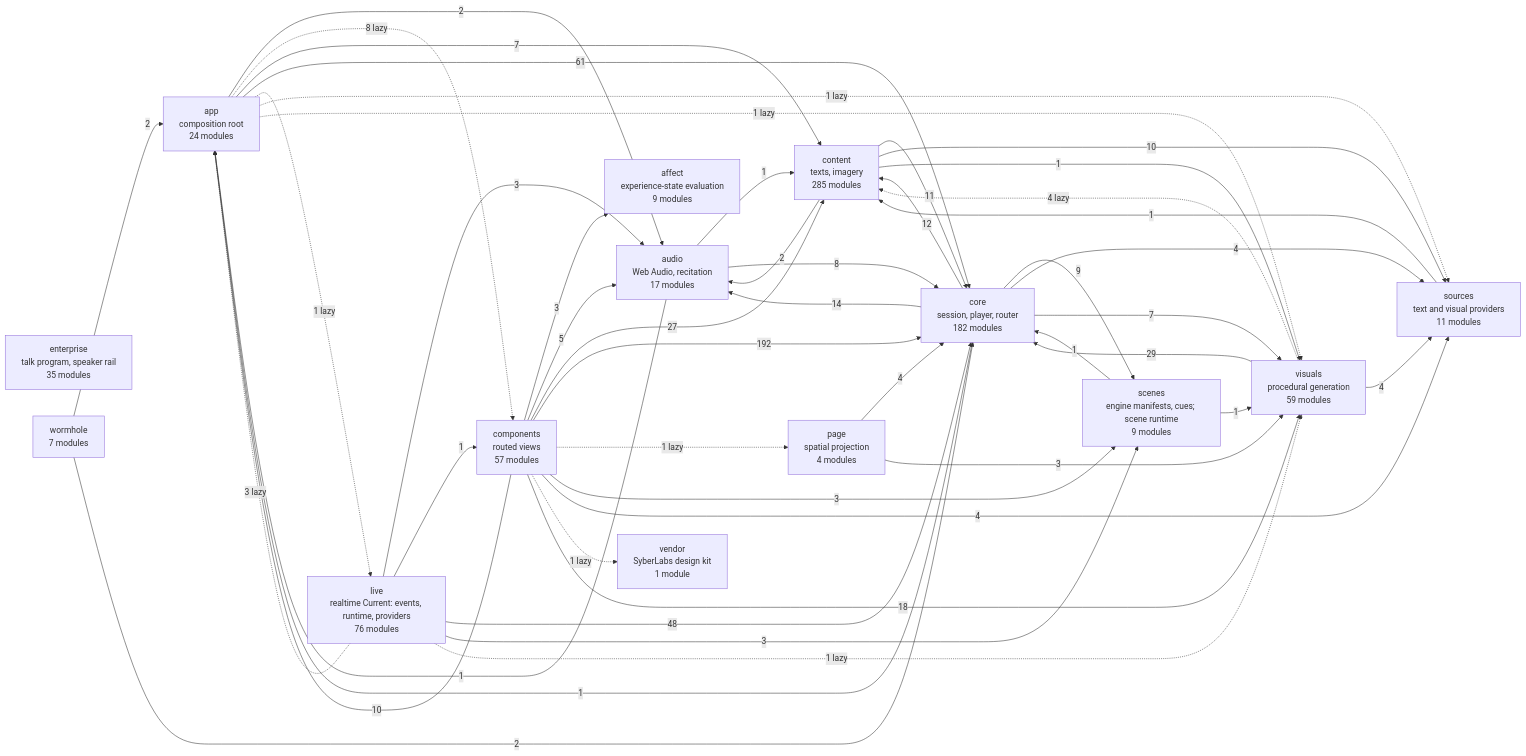
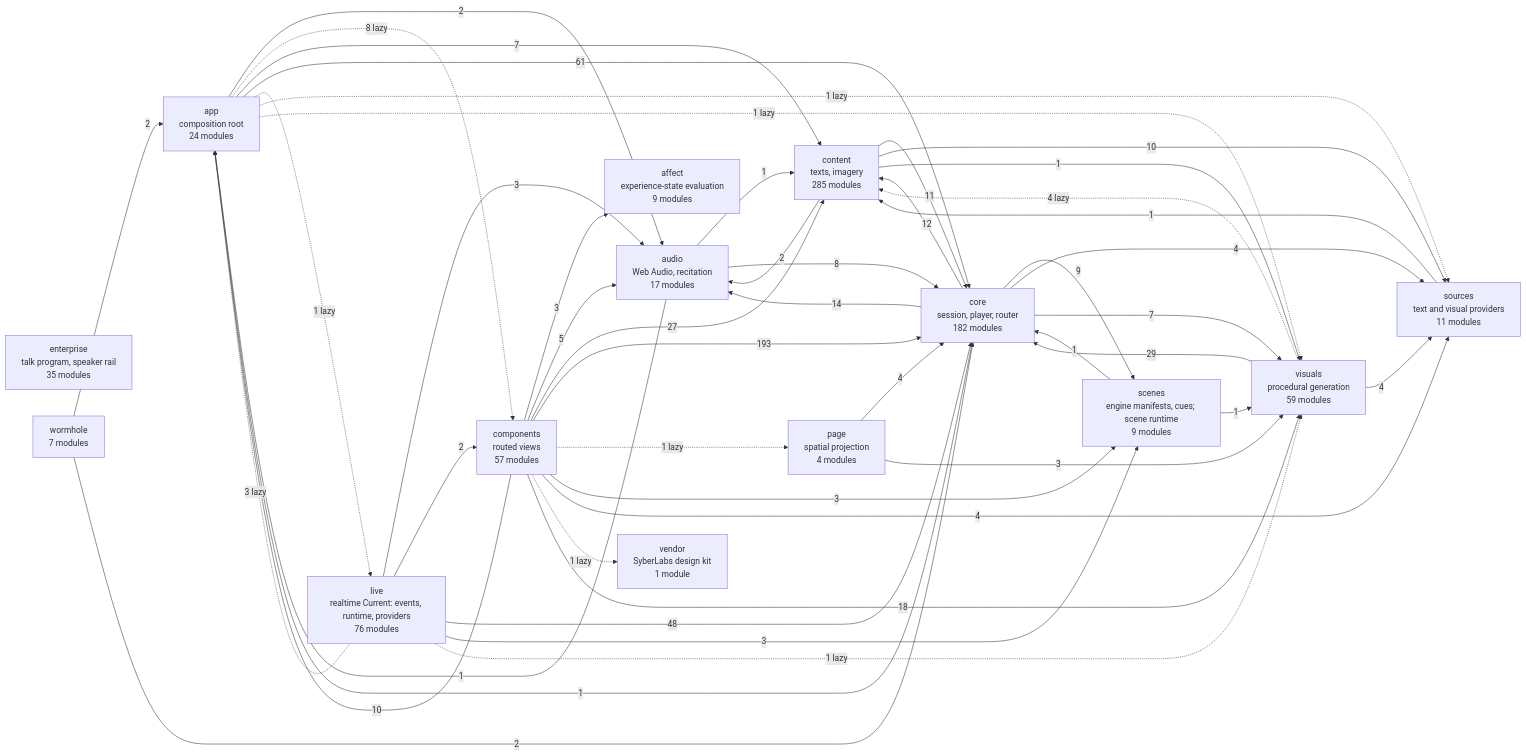
Before and after one commit to SyberLabs/RISE: the diagram in docs/specs/ARCHITECTURE.md, drawn with Mermaid. The commit also changed 8 other files, not shown here.

First line of the commit message:
Codex: mark a Changes figure for the light room's night only where it reads better there, and again when the room changes

````diff
--- a/docs/specs/ARCHITECTURE.md
+++ b/docs/specs/ARCHITECTURE.md
@@ -161,64 +161,64 @@
 ```mermaid
 flowchart LR
     affect["affect<br/>experience-state evaluation<br/>9 modules"]
     app["app<br/>composition root<br/>24 modules"]
     audio["audio<br/>Web Audio, recitation<br/>17 modules"]
     components["components<br/>routed views<br/>57 modules"]
     content["content<br/>texts, imagery<br/>285 modules"]
     core["core<br/>session, player, router<br/>182 modules"]
     enterprise["enterprise<br/>talk program, speaker rail<br/>35 modules"]
     live["live<br/>realtime Current: events, runtime, providers<br/>76 modules"]
     page["page<br/>spatial projection<br/>4 modules"]
     scenes["scenes<br/>engine manifests, cues; scene runtime<br/>9 modules"]
     sources["sources<br/>text and visual providers<br/>11 modules"]
     vendor["vendor<br/>SyberLabs design kit<br/>1 module"]
     visuals["visuals<br/>procedural generation<br/>59 modules"]
     wormhole["wormhole<br/>7 modules"]
 
     app --> |2| audio
     app -.-> |8 lazy| components
     app --> |7| content
     app --> |61| core
     app -.-> |1 lazy| live
     app -.-> |1 lazy| sources
     app -.-> |1 lazy| visuals
     audio --> |1| app
     audio --> |1| content
     audio --> |8| core
     components --> |3| affect
     components --> |10| app
     components --> |5| audio
     components --> |27| content
-    components --> |192| core
+    components --> |193| core
     components -.-> |1 lazy| page
     components --> |3| scenes
     components --> |4| sources
     components -.-> |1 lazy| vendor
     components --> |18| visuals
     content --> |2| audio
     content --> |11| core
     content --> |10| sources
     content --> |1| visuals
     core --> |1| app
     core --> |14| audio
     core --> |12| content
     core --> |9| scenes
     core --> |4| sources
     core --> |7| visuals
     live -.-> |3 lazy| app
     live --> |3| audio
-    live --> |1| components
+    live --> |2| components
     live --> |48| core
     live --> |3| scenes
     live -.-> |1 lazy| visuals
     page --> |4| core
     page --> |3| visuals
     scenes --> |1| core
     scenes --> |1| visuals
     sources --> |1| content
     visuals -.-> |4 lazy| content
     visuals --> |29| core
     visuals --> |4| sources
     wormhole --> |2| app
     wormhole --> |2| core
 ```
````
